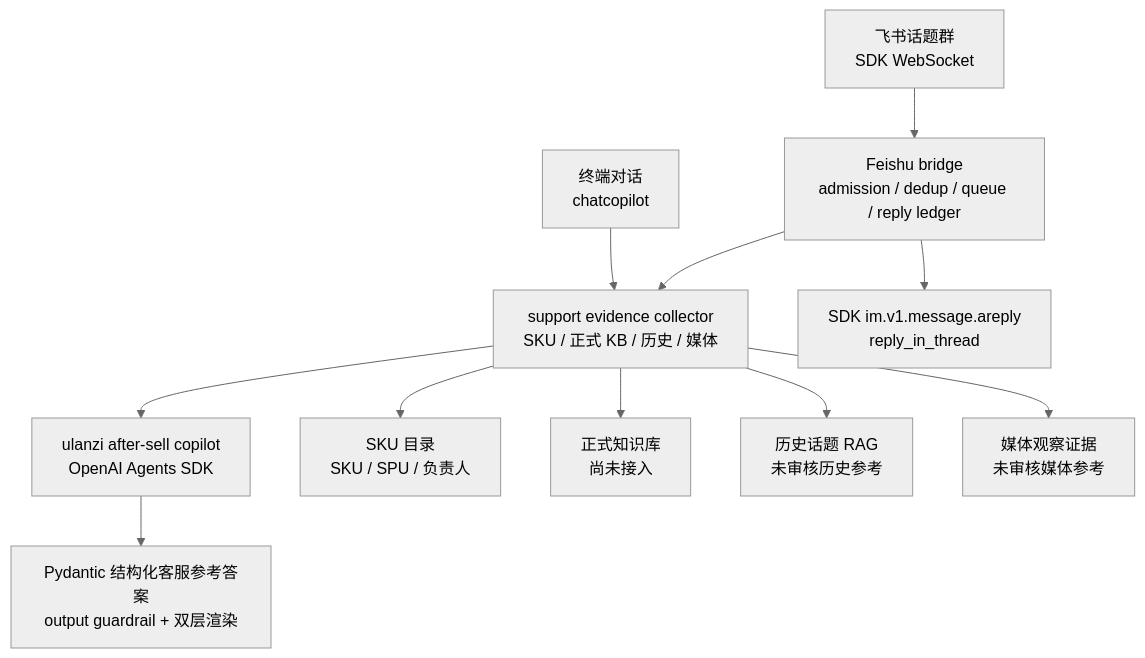
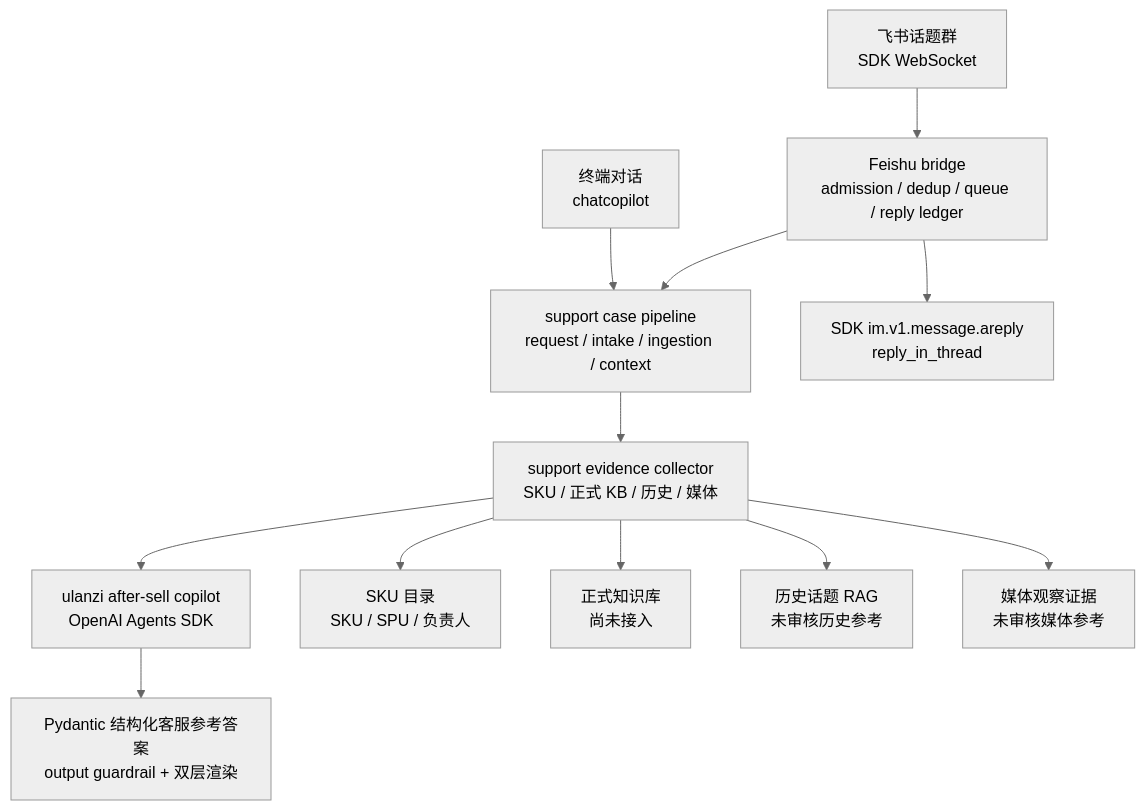
The diagram in README.md (ccchenhuohuo/after-sale-ai-agent), drawn with Mermaid (neutral theme) before and after one commit. The commit also changed other lines of this file and 18 other files, not shown here.

Commit message:
feat: add intake router ingestion pipeline

````diff
--- a/README.md
+++ b/README.md
@@ -9,14 +9,15 @@
 ```mermaid
 flowchart TB
     cli["终端对话<br/>chatcopilot"]
     feishu["飞书话题群<br/>SDK WebSocket"] --> bridge["Feishu bridge<br/>admission / dedup / queue / reply ledger"]
-    cli --> evidence["support evidence collector<br/>SKU / 正式 KB / 历史 / 媒体"]
-    bridge --> evidence
+    cli --> intake["support case pipeline<br/>request / intake / ingestion / context"]
+    bridge --> intake
+    intake --> evidence["support evidence collector<br/>SKU / 正式 KB / 历史 / 媒体"]
     evidence --> agent["ulanzi after-sell copilot<br/>OpenAI Agents SDK"]
     bridge --> reply["SDK im.v1.message.areply<br/>reply_in_thread"]
     evidence --> sku["SKU 目录<br/>SKU / SPU / 负责人"]
     evidence --> official["正式知识库<br/>尚未接入"]
     evidence --> history["历史话题 RAG<br/>未审核历史参考"]
     evidence --> media["媒体观察证据<br/>未审核媒体参考"]
     agent --> answer["Pydantic 结构化客服参考答案<br/>output guardrail + 双层渲染"]
 ```
````
